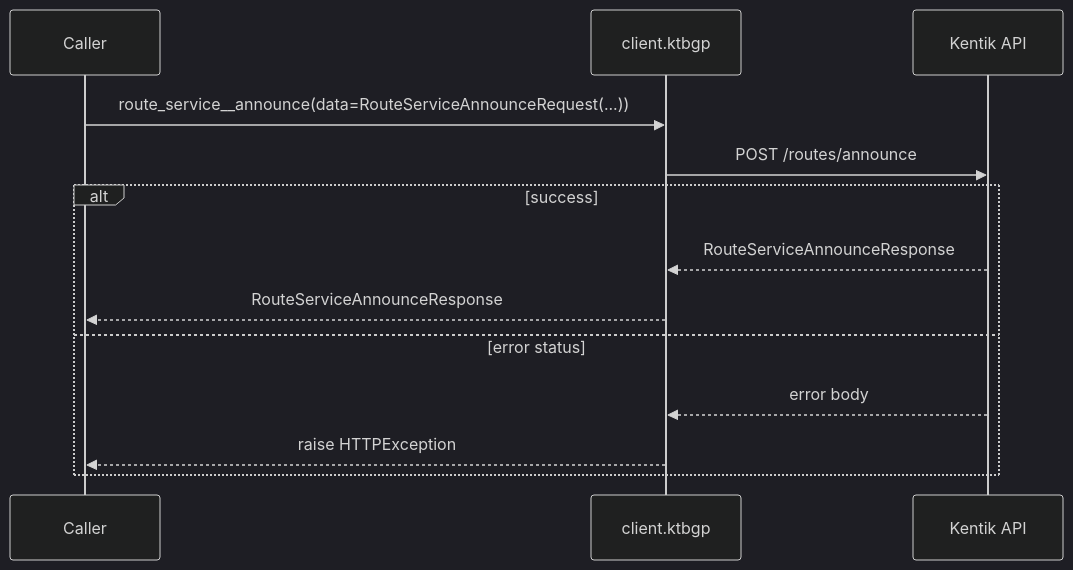
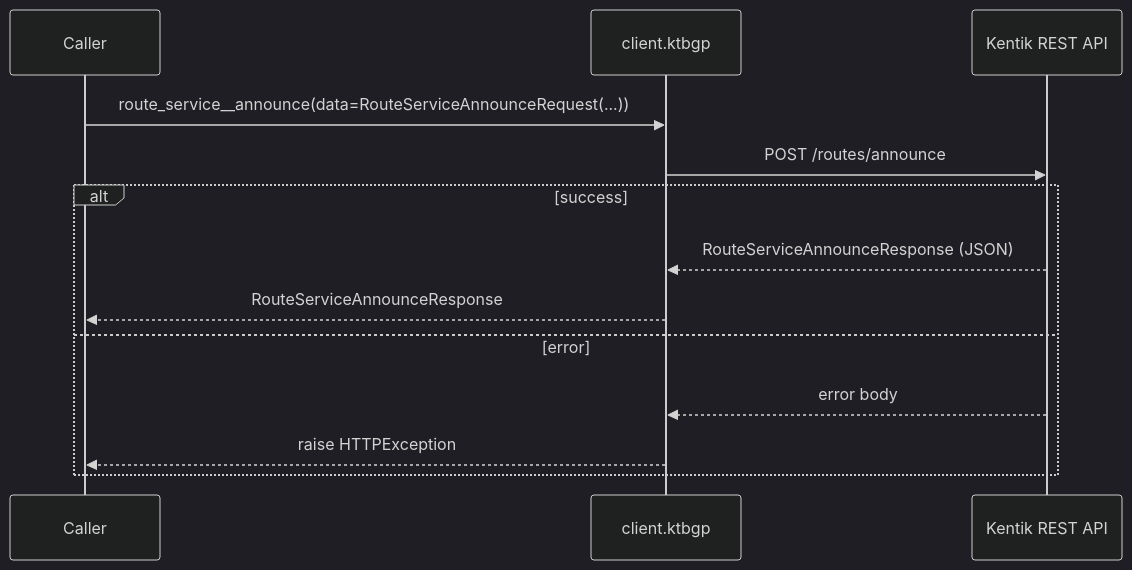
One commit to alexdearaujo/community_sdk_python changed the second of 8 diagrams in docs/sphinx/services/ktbgp.md. Above: the diagram before and after it, drawn with Mermaid (dark theme). The commit also changed other lines of this file and 61 other files, not shown here.

````diff
--- a/docs/sphinx/services/ktbgp.md
+++ b/docs/sphinx/services/ktbgp.md
@@ -31,16 +33,16 @@
 ```mermaid
 sequenceDiagram
     participant C as Caller
     participant W as client.ktbgp
-    participant API as Kentik API
+    participant API as Kentik REST API
 
     C->>W: route_service__announce(data=RouteServiceAnnounceRequest(...))
     W->>API: POST /routes/announce
     alt success
-        API-->>W: RouteServiceAnnounceResponse
+        API-->>W: RouteServiceAnnounceResponse (JSON)
         W-->>C: RouteServiceAnnounceResponse
-    else error status
+    else error
         API-->>W: error body
         W-->>C: raise HTTPException
     end
 ```
````
